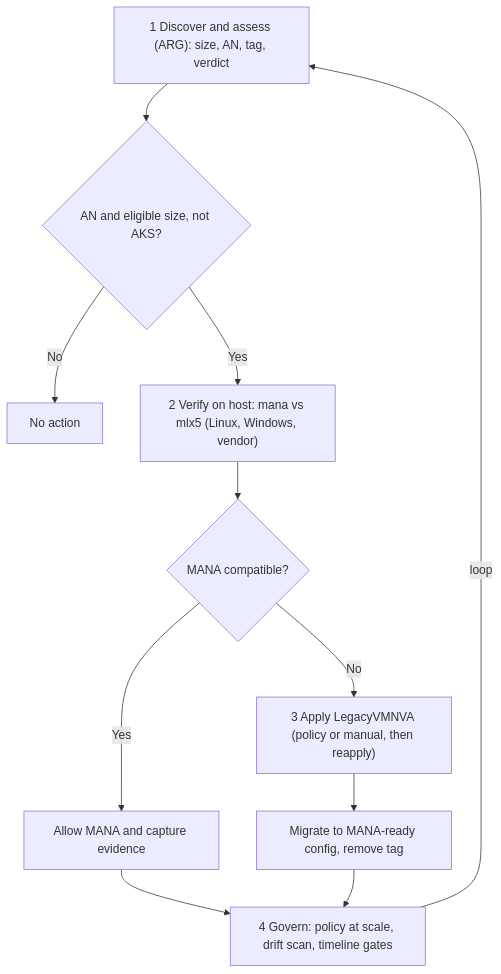
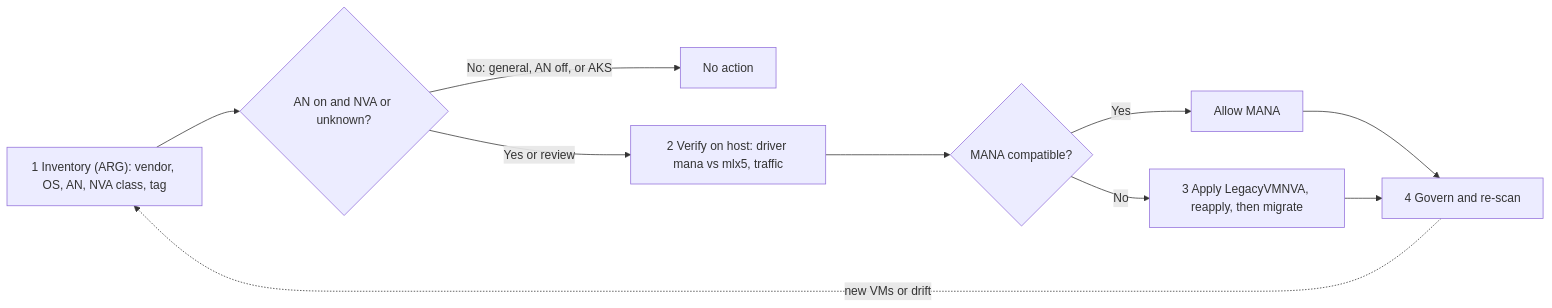
One commit to kpkool/azure-mana-nva-toolkit changed the diagram in README.md. Above: the diagram before and after it, drawn with Mermaid. The commit also changed other lines of this file and 6 other files, not shown here.

````diff
--- a/README.md
+++ b/README.md
@@ -46,13 +20,12 @@
 ```mermaid
-flowchart TD
-  A["1 Discover and assess (ARG): size, AN, tag, verdict"] --> B{"AN and eligible size, not AKS?"}
-  B -->|"No"| Z["No action"]
-  B -->|"Yes"| C["2 Verify on host: mana vs mlx5 (Linux, Windows, vendor)"]
+flowchart LR
+  A["1 Inventory (ARG): vendor, OS, AN, NVA class, tag"] --> B{"AN on and NVA or unknown?"}
+  B -->|"No: general, AN off, or AKS"| Z["No action"]
+  B -->|"Yes or review"| C["2 Verify on host: driver mana vs mlx5, traffic"]
   C --> D{"MANA compatible?"}
-  D -->|"Yes"| E["Allow MANA and capture evidence"]
-  D -->|"No"| F["3 Apply LegacyVMNVA (policy or manual, then reapply)"]
-  F --> G["Migrate to MANA-ready config, remove tag"]
-  E --> H["4 Govern: policy at scale, drift scan, timeline gates"]
-  G --> H
-  H -->|"loop"| A
+  D -->|"Yes"| E["Allow MANA"]
+  D -->|"No"| F["3 Apply LegacyVMNVA, reapply, then migrate"]
+  E --> G["4 Govern and re-scan"]
+  F --> G
+  G -.->|"new VMs or drift"| A
 ```
````
